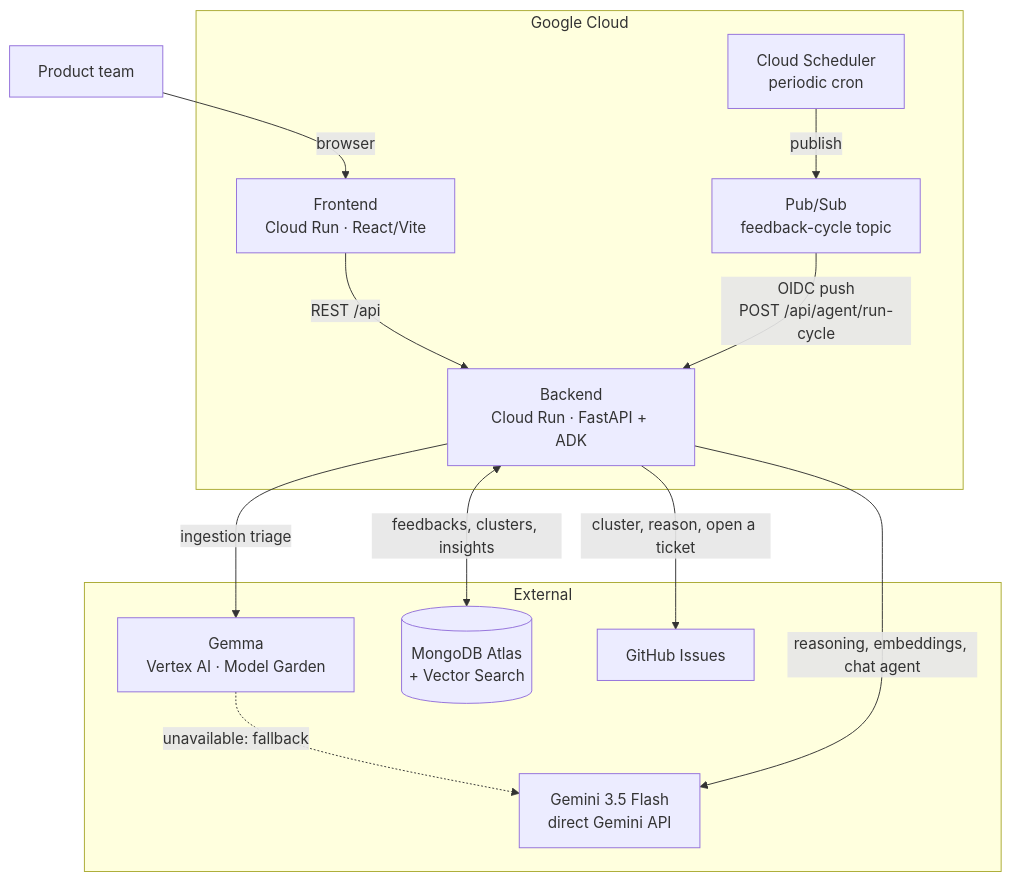
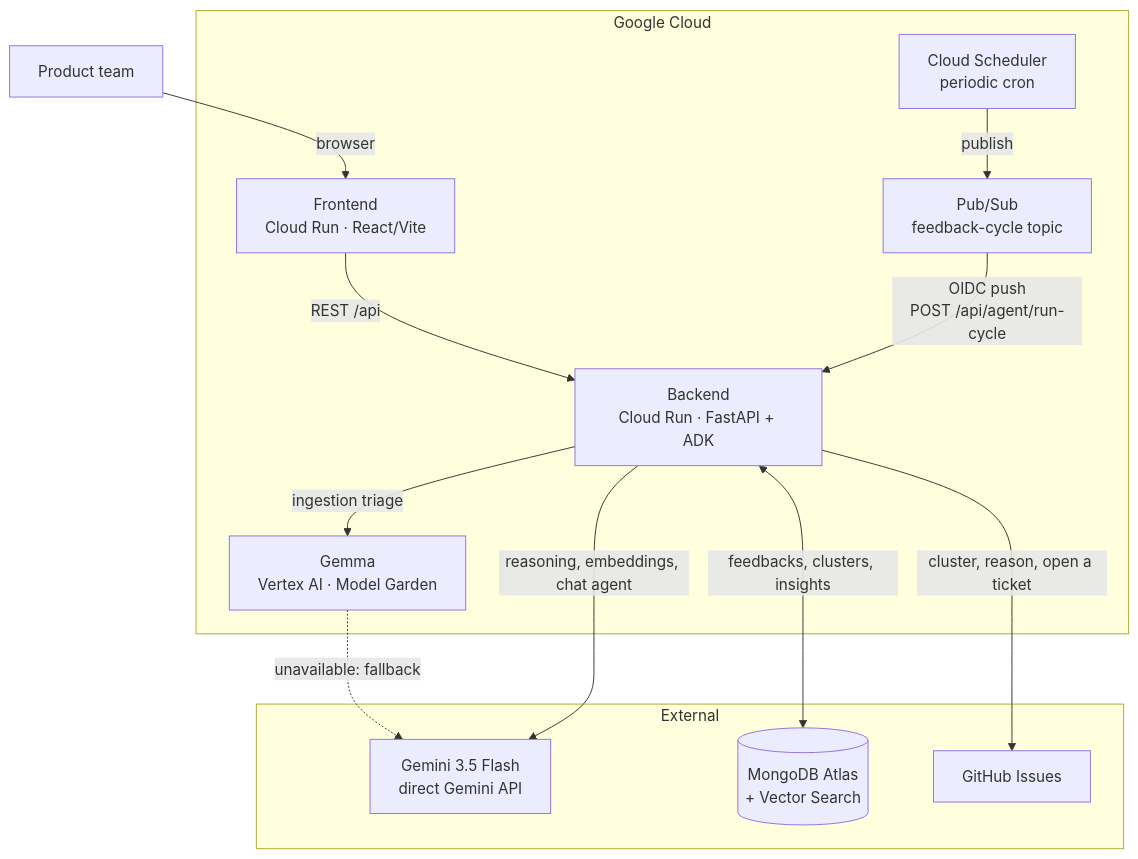
The diagram in README.md (ayshagassama1/feedbackai-agent), drawn with Mermaid before and after one commit. The commit also changed other lines of this file and 4 other files, not shown here.

````diff
--- a/README.md
+++ b/README.md
@@ -42,28 +43,28 @@
 ```mermaid
 graph TD
     User[Product team] -->|browser| Frontend
 
     subgraph GCP["Google Cloud"]
         Frontend["Frontend<br/>Cloud Run · React/Vite"]
         Backend["Backend<br/>Cloud Run · FastAPI + ADK"]
         Scheduler["Cloud Scheduler<br/>periodic cron"]
         PubSub["Pub/Sub<br/>feedback-cycle topic"]
+        Gemma["Gemma<br/>Vertex AI · Model Garden"]
     end
 
     subgraph External["External"]
         Gemini["Gemini 3.5 Flash<br/>direct Gemini API"]
-        Gemma["Gemma<br/>Vertex AI · Model Garden"]
         Mongo[("MongoDB Atlas<br/>+ Vector Search")]
         GitHub["GitHub Issues"]
     end
 
     Frontend -->|REST /api| Backend
     Backend -->|ingestion triage| Gemma
     Gemma -.->|unavailable: fallback| Gemini
     Backend -->|reasoning, embeddings, chat agent| Gemini
     Backend <-->|feedbacks, clusters, insights| Mongo
 
     Scheduler -->|publish| PubSub
     PubSub -->|OIDC push<br/>POST /api/agent/run-cycle| Backend
     Backend -->|cluster, reason, open a ticket| GitHub
 ```
````
